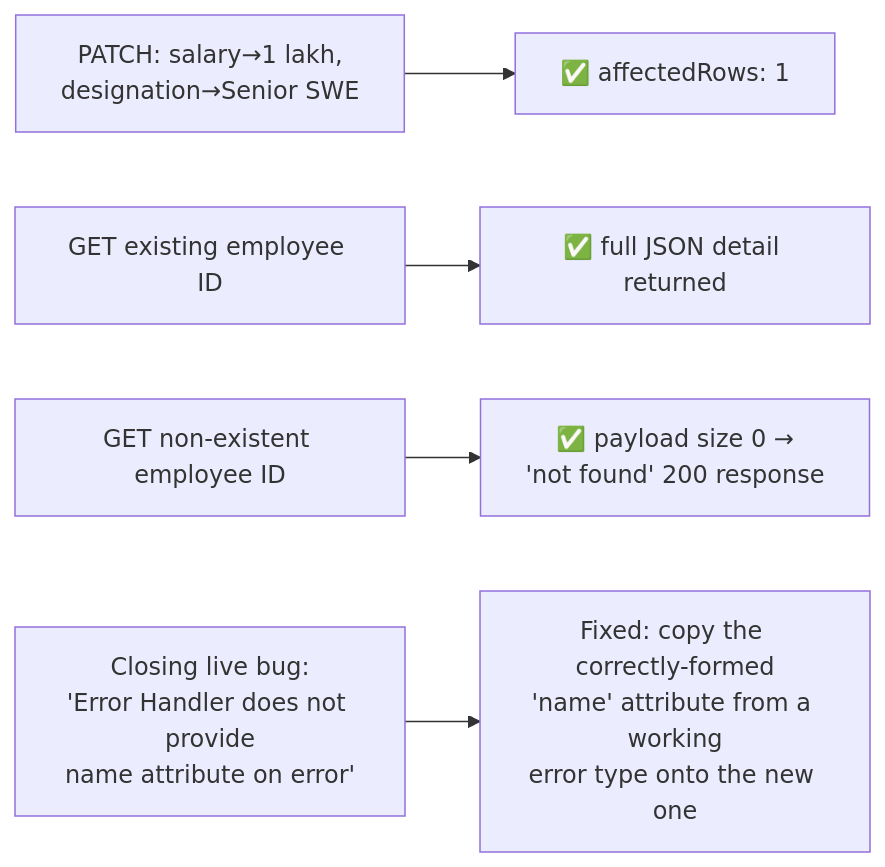
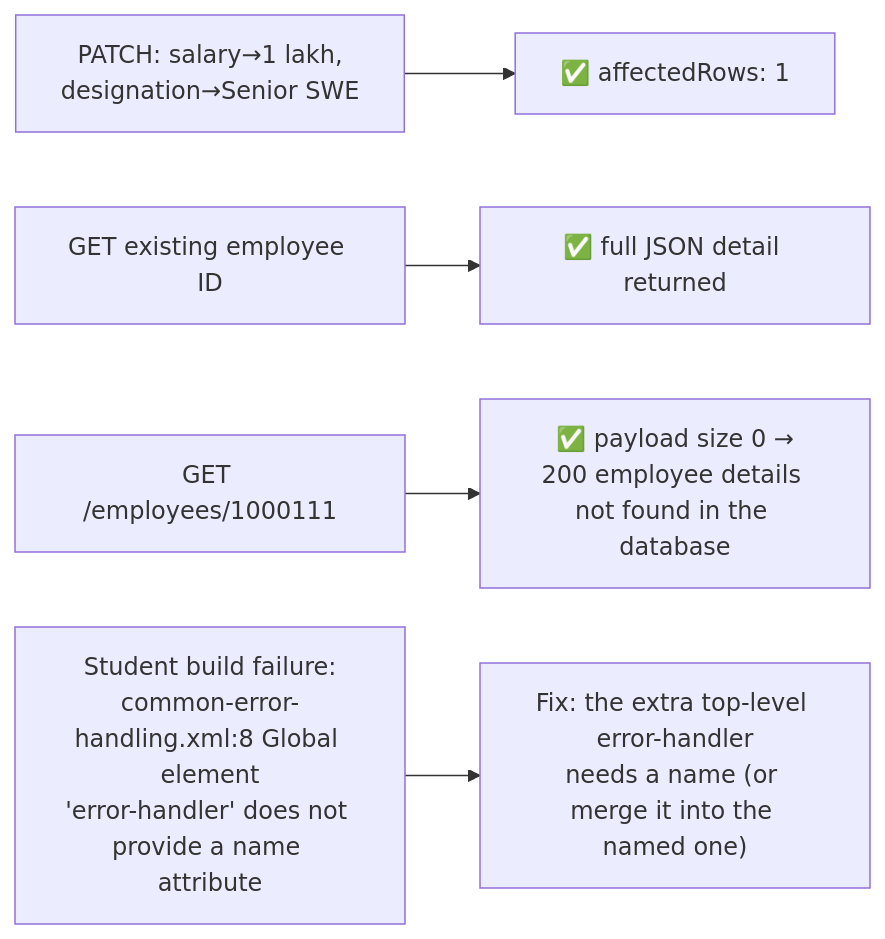
The eighth of 8 diagrams in detailed-notes/day30.md (developerashok99/green-c-mule-notes), drawn with Mermaid before and after one commit. The commit also changed other lines of this file and 29 other files, not shown here.

````diff
--- a/detailed-notes/day30.md
+++ b/detailed-notes/day30.md
@@ -115,7 +123,7 @@
 ```mermaid
 flowchart LR
     PatchTest["PATCH: salary→1 lakh,\ndesignation→Senior SWE"] --> PatchOK["✅ affectedRows: 1"]
     GetFound["GET existing employee ID"] --> GetOK["✅ full JSON detail returned"]
-    GetMissing["GET non-existent employee ID"] --> GetNF["✅ payload size 0 →\n'not found' 200 response"]
-    Bug["Closing live bug:\n'Error Handler does not provide\nname attribute on error'"] --> BugFix["Fixed: copy the correctly-formed\n'name' attribute from a working\nerror type onto the new one"]
+    GetMissing["GET /employees/1000111"] --> GetNF["✅ payload size 0 →<br/>200 employee details not found in the database"]
+    Bug["Student build failure:<br/>common-error-handling.xml:8 Global element<br/>'error-handler' does not provide a name attribute"] --> BugFix["Fix: the extra top-level error-handler<br/>needs a name (or merge it into the named one)"]
 ```
````
